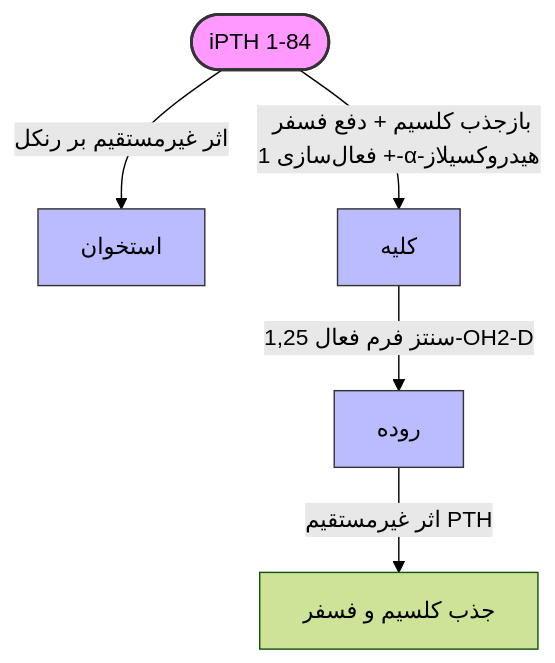
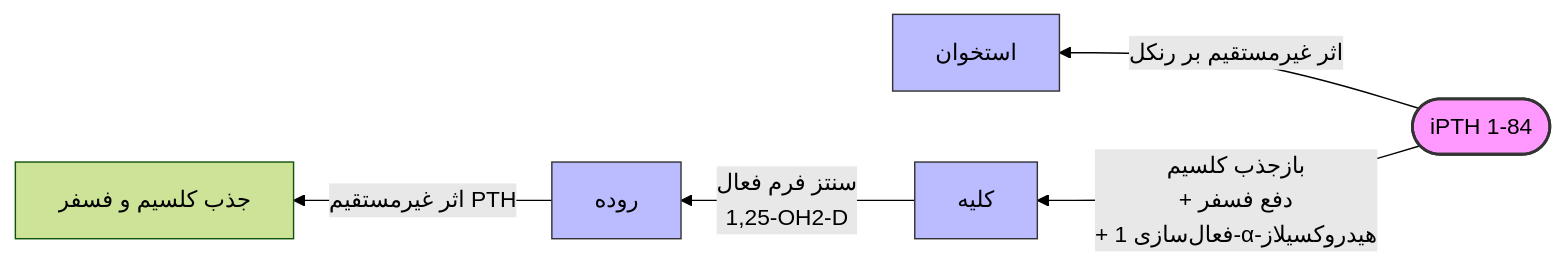
One commit to neopulse-hub/TUMS-1402-1-neo changed the first of 5 diagrams in 07/مبانی غدد/اختلالات کلسیم.md. Above: the diagram before and after it, drawn with Mermaid (forest theme). The commit also changed other lines of this file, not shown here.

Commit message:
Update اختلالات کلسیم.md

````diff
--- a/07/مبانی غدد/اختلالات کلسیم.md
+++ b/07/مبانی غدد/اختلالات کلسیم.md
@@ -14,10 +14,10 @@
 ```mermaid
-flowchart TD
+flowchart RL
     classDef hormone fill:#f9f,stroke:#333,stroke-width:2px;
     classDef organ fill:#bbf,stroke:#333,stroke-width:1px;
 
     PTH([iPTH 1-84]):::hormone -->|اثر غیرمستقیم بر رنکل| B[استخوان]:::organ
-    PTH -->|بازجذب کلسیم + دفع فسفر + فعال‌‌سازی 1-α-هیدروکسیلاز| K[کلیه]:::organ
-    K -->|سنتز فرم فعال 1,25-OH2-D| I[روده]:::organ
+    PTH -->|بازجذب کلسیم<br>+ دفع فسفر<br>+ فعال‌‌سازی 1-α-هیدروکسیلاز| K[کلیه]:::organ
+    K -->|سنتز فرم فعال<br>1,25-OH2-D| I[روده]:::organ
     I -->|اثر غیرمستقیم PTH| Abs[جذب کلسیم و فسفر]
 ```
````
